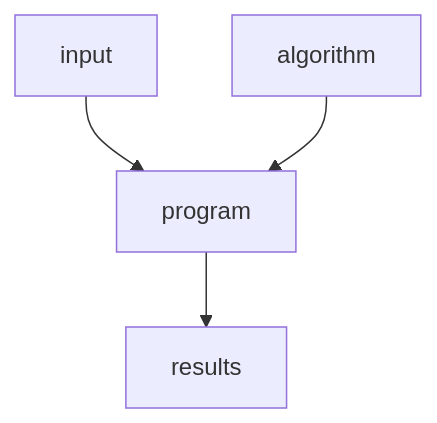
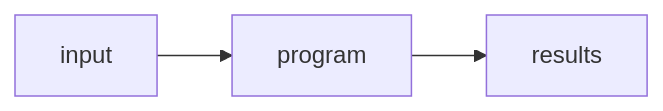
The first of 2 diagrams in _posts/2023-08-16-rivoluzione.md (nicoladerric/nicoladerric.github.io), drawn with Mermaid before and after one commit. The commit also changed other lines of this file, not shown here.

````diff
--- a/_posts/2023-08-16-rivoluzione.md
+++ b/_posts/2023-08-16-rivoluzione.md
@@ -18,6 +18,5 @@
 ```mermaid
-graph TD;
+graph LR;
     input --> program;
     program --> results;
-    algorithm --> program;
 ```
````
